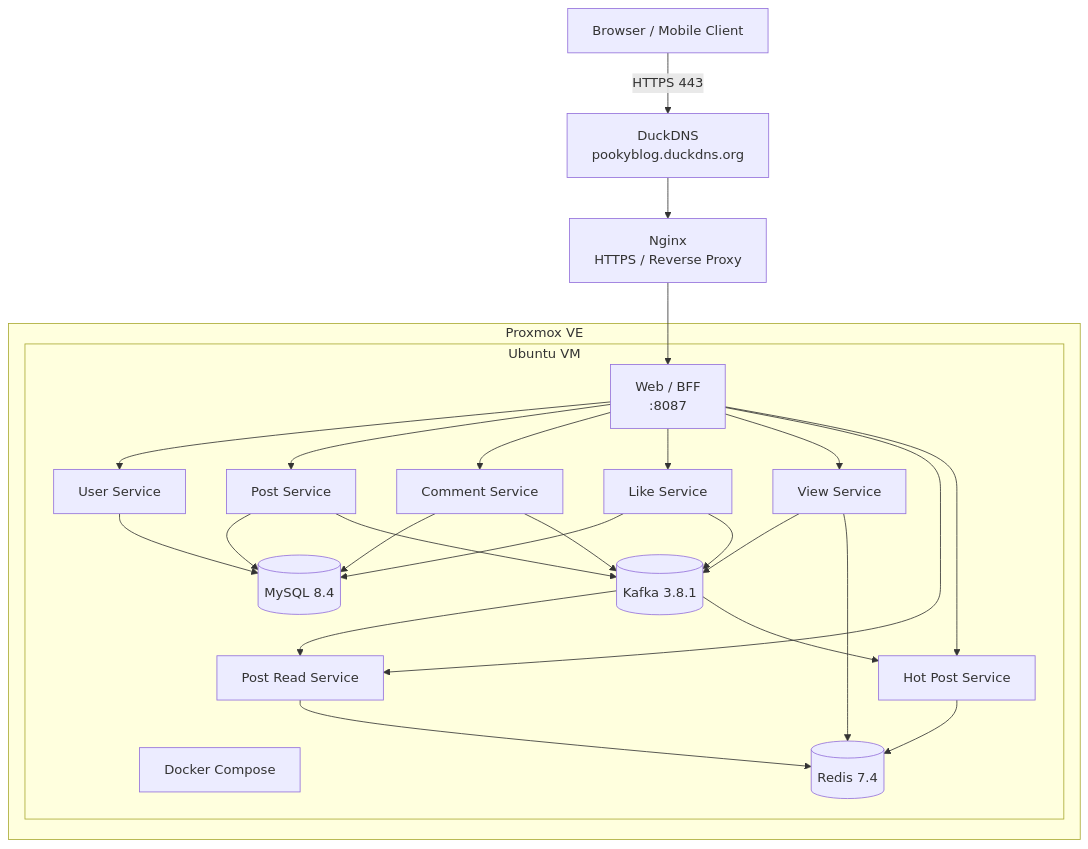
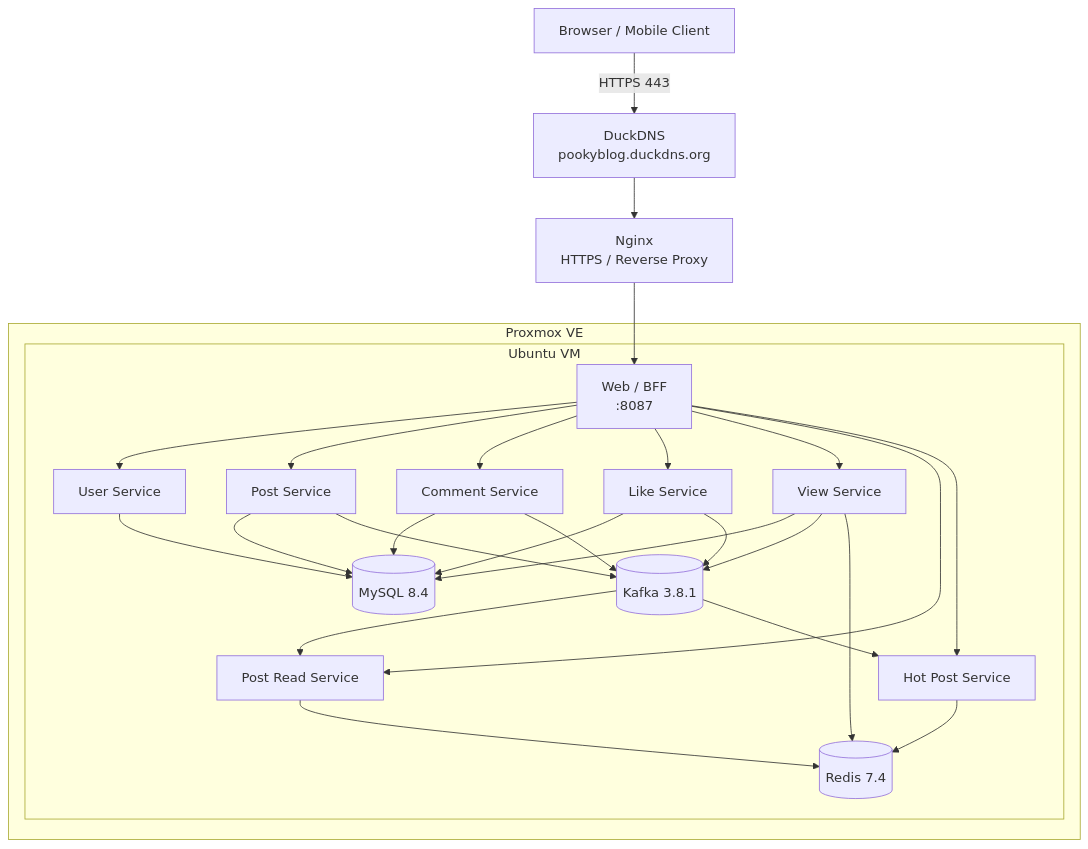
Before and after one commit to hyunho12/PookyBlog: the first of 2 diagrams in README.md, drawn with Mermaid. The commit also changed other lines of this file, not shown here.

````diff
--- a/README.md
+++ b/README.md
@@ -39,53 +37,47 @@
 ```mermaid
 graph TD
     Client[Browser / Mobile Client]
     DNS[DuckDNS\npookyblog.duckdns.org]
     Nginx[Nginx\nHTTPS / Reverse Proxy]
 
     subgraph Proxmox[Proxmox VE]
         subgraph Ubuntu[Ubuntu VM]
-            Docker[Docker Compose]
             Web[Web / BFF\n:8087]
-
             User[User Service]
             Post[Post Service]
             Comment[Comment Service]
             Like[Like Service]
             View[View Service]
             Read[Post Read Service]
             Hot[Hot Post Service]
-
             MySQL[(MySQL 8.4)]
             Redis[(Redis 7.4)]
             Kafka[(Kafka 3.8.1)]
         end
     end
 
     Client -->|HTTPS 443| DNS
     DNS --> Nginx
     Nginx --> Web
-
     Web --> User
     Web --> Post
     Web --> Comment
     Web --> Like
     Web --> View
     Web --> Read
     Web --> Hot
-
     User --> MySQL
     Post --> MySQL
     Comment --> MySQL
     Like --> MySQL
-
+    View --> MySQL
     Post --> Kafka
     Comment --> Kafka
     Like --> Kafka
     View --> Kafka
-
     Kafka --> Read
     Kafka --> Hot
     Read --> Redis
     Hot --> Redis
     View --> Redis
 ```
````
